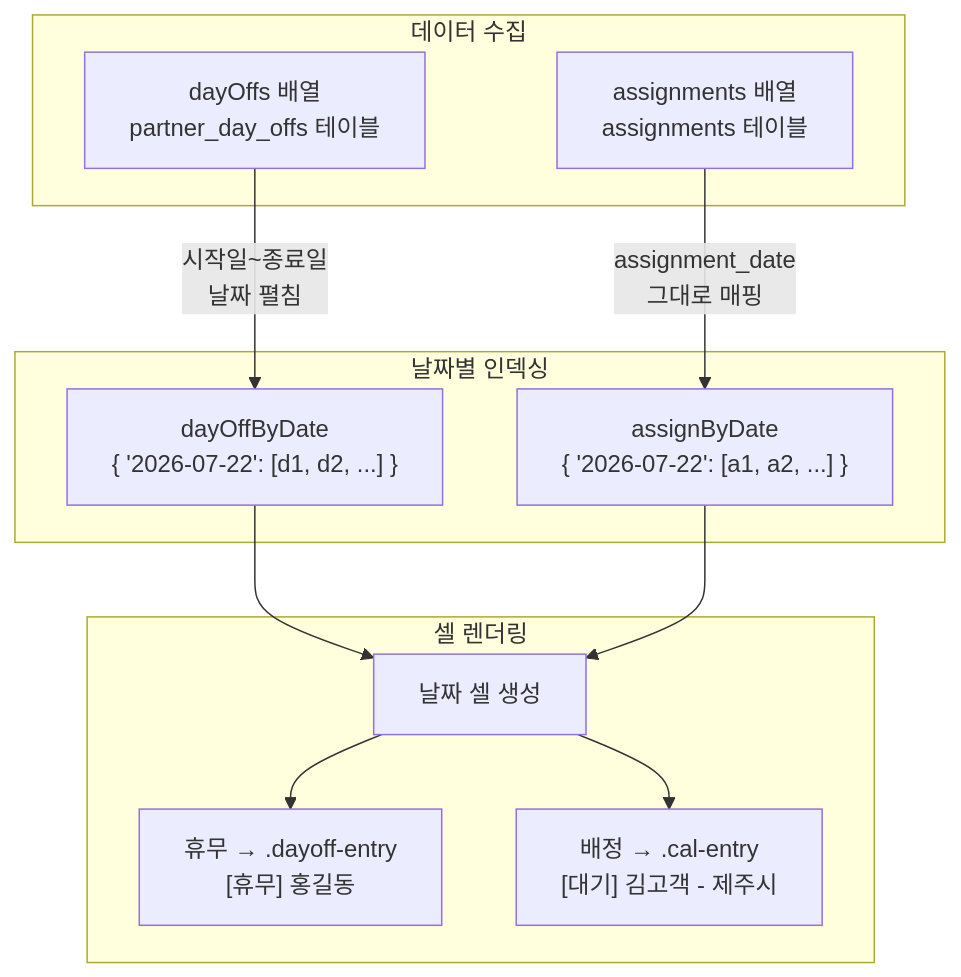
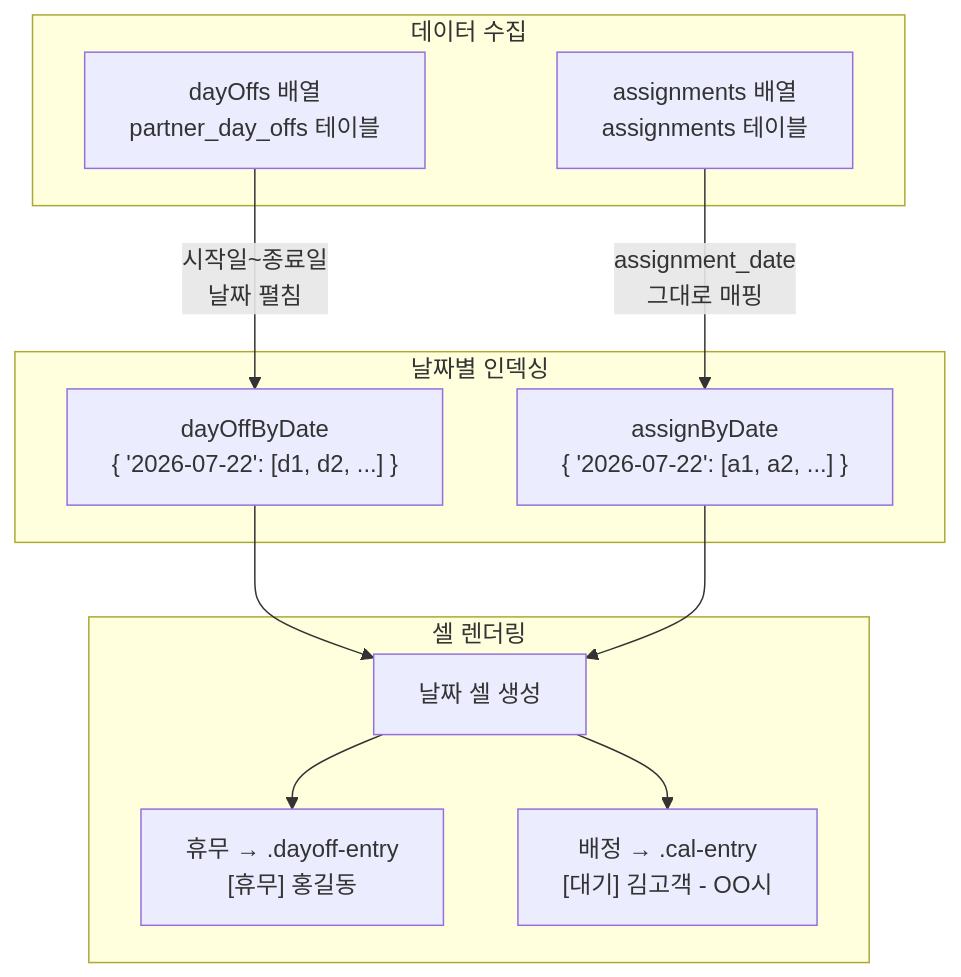
Before and after one commit to 200gyu/209: the third of 7 diagrams in _posts/2026-07-19-ax-partners-manager-v5-schedule.md, drawn with Mermaid. The commit also changed other lines of this file and 36 other files, not shown here.

````diff
--- a/_posts/2026-07-19-ax-partners-manager-v5-schedule.md
+++ b/_posts/2026-07-19-ax-partners-manager-v5-schedule.md
@@ -143,19 +143,19 @@
 ```mermaid
 flowchart TD
     subgraph "데이터 수집"
         A["dayOffs 배열<br/>partner_day_offs 테이블"]
         B["assignments 배열<br/>assignments 테이블"]
     end
 
     subgraph "날짜별 인덱싱"
         A -->|"시작일~종료일<br/>날짜 펼침"| C["dayOffByDate<br/>{ '2026-07-22': [d1, d2, ...] }"]
         B -->|"assignment_date<br/>그대로 매핑"| D["assignByDate<br/>{ '2026-07-22': [a1, a2, ...] }"]
     end
 
     subgraph "셀 렌더링"
         C --> E["날짜 셀 생성"]
         D --> E
         E --> F["휴무 → .dayoff-entry<br/>[휴무] 홍길동"]
-        E --> G["배정 → .cal-entry<br/>[대기] 김고객 - 제주시"]
+        E --> G["배정 → .cal-entry<br/>[대기] 김고객 - OO시"]
     end
 ```
````
